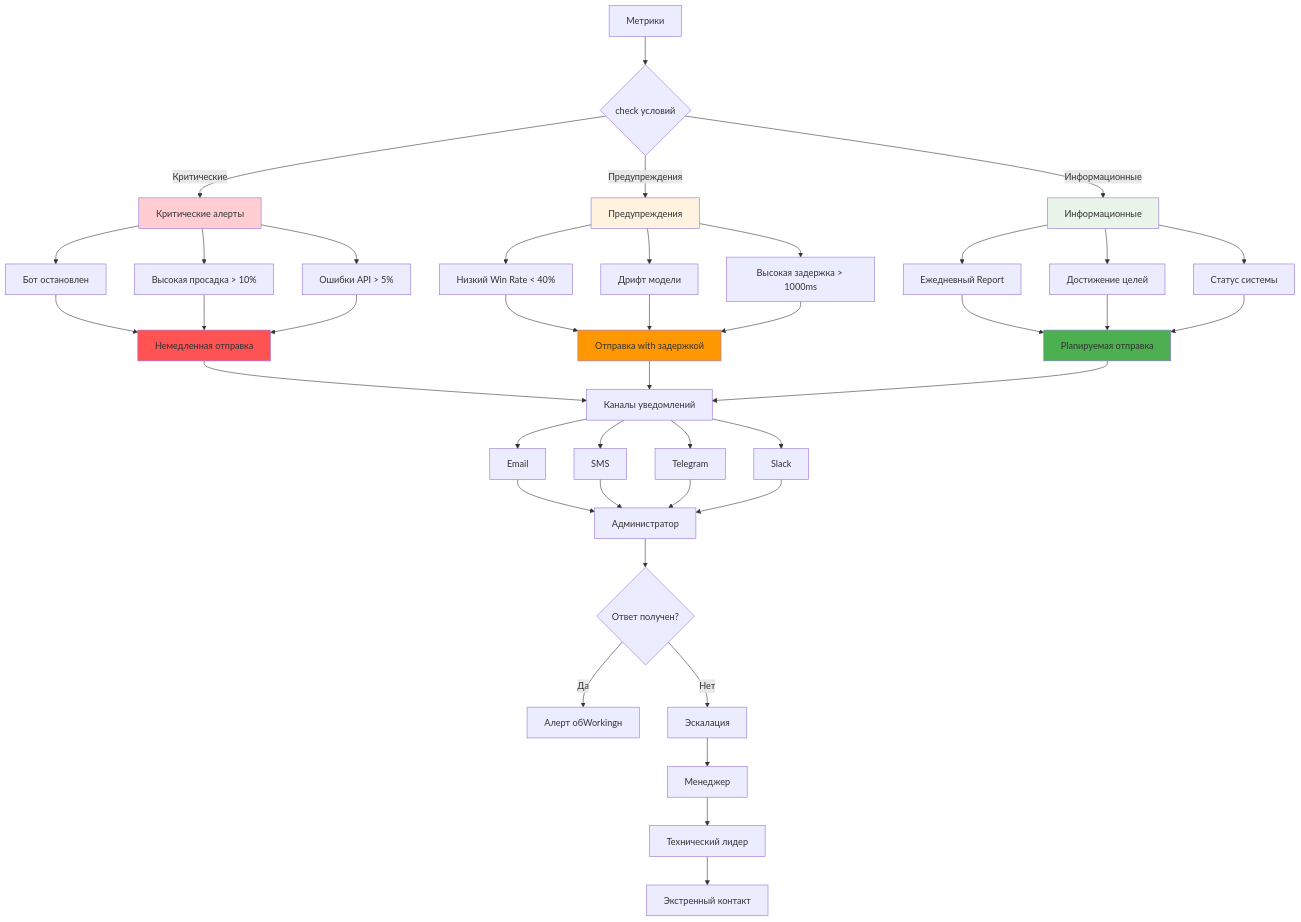
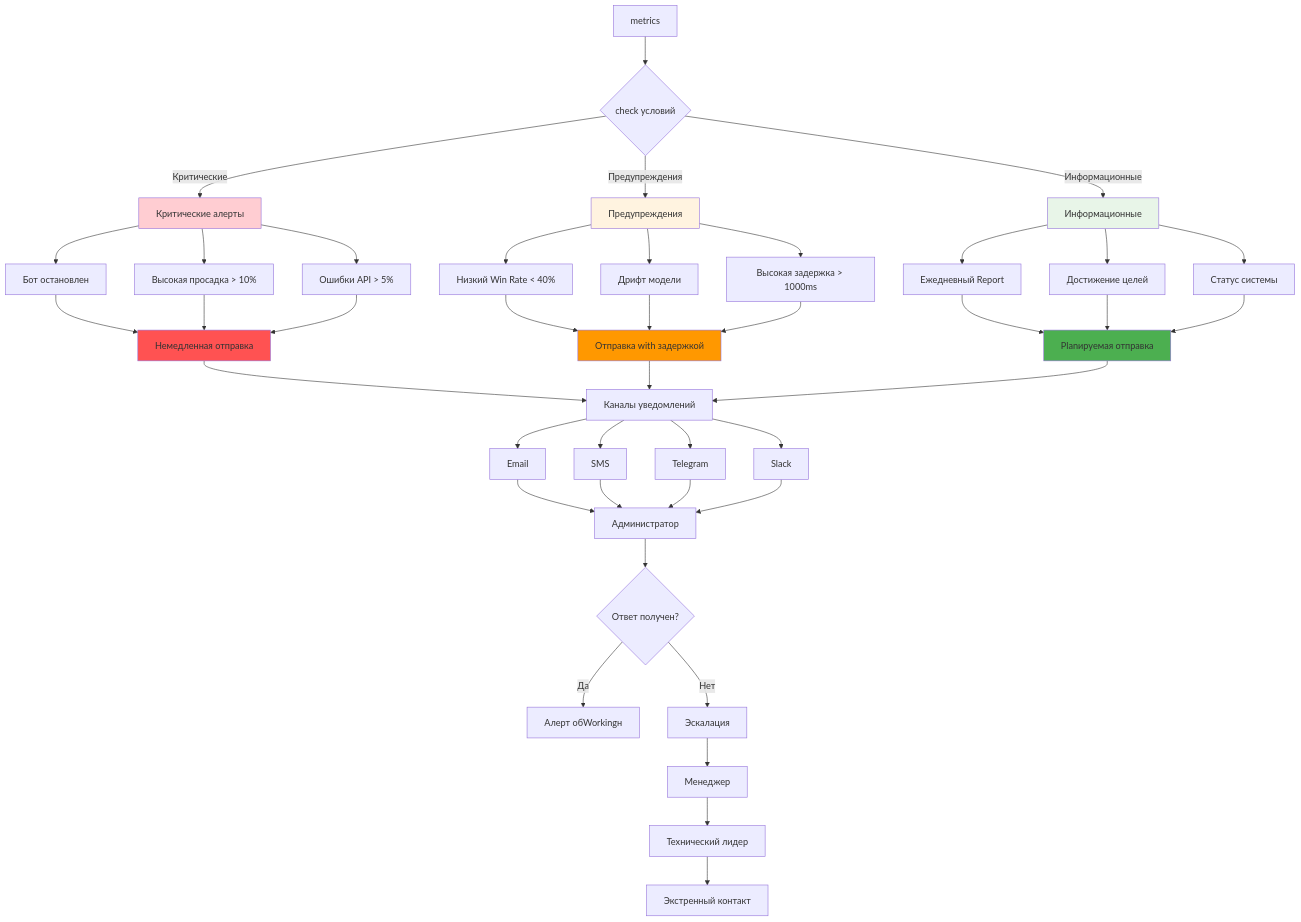
The third of 8 diagrams in docs/automl/gluon/27_trading_bot_monitoring.md (NeoZorK/neozork-hld-prediction), drawn with Mermaid before and after one commit. The commit also changed other lines of this file and 88 other files, not shown here.

````diff
--- a/docs/automl/gluon/27_trading_bot_monitoring.md
+++ b/docs/automl/gluon/27_trading_bot_monitoring.md
@@ -685,59 +685,59 @@
 ```mermaid
 graph TD
-A[Метрики] --> B{check условий}
+A[metrics] --> B{check условий}
 
 B -->|Критические| C[Критические алерты]
 B -->|Предупреждения| D[Предупреждения]
 B -->|Информационные| E[Информационные]
 
 C --> C1[Бот остановлен]
 C --> C2[Высокая просадка > 10%]
 C --> C3[Ошибки API > 5%]
 
 D --> D1[Низкий Win Rate < 40%]
 D --> D2[Дрифт модели]
 D --> D3[Высокая задержка > 1000ms]
 
 E --> E1[Ежедневный Report]
 E --> E2[Достижение целей]
 E --> E3[Статус системы]
 
 C1 --> F[Немедленная отправка]
  C2 --> F
  C3 --> F
 D1 --> G[Отправка with задержкой]
  D2 --> G
  D3 --> G
 E1 --> H[Planируемая отправка]
  E2 --> H
  E3 --> H
 
 F --> I[Каналы уведомлений]
  G --> I
  H --> I
 
  I --> J[Email]
  I --> K[SMS]
  I --> L[Telegram]
  I --> M[Slack]
 
 J --> N[Администратор]
  K --> N
  L --> N
  M --> N
 
 N --> O{Ответ получен?}
 O -->|Да| P[Алерт обWorkingн]
 O -->|Нет| Q[Эскалация]
 
 Q --> R[Менеджер]
 R --> S[Технический лидер]
 S --> T[Экстренный контакт]
 
  style C fill:#ffcdd2
  style D fill:#fff3e0
  style E fill:#e8f5e8
  style F fill:#ff5252
  style G fill:#ff9800
  style H fill:#4caf50
 ```
````
